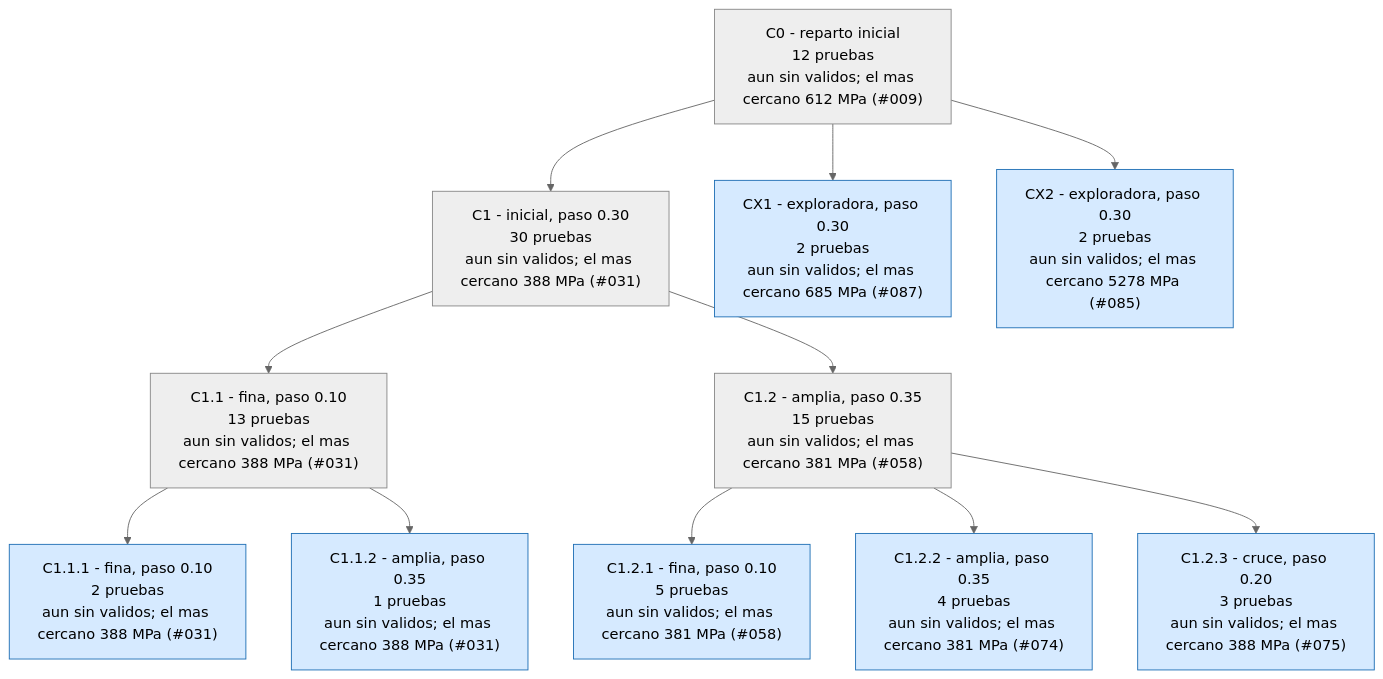
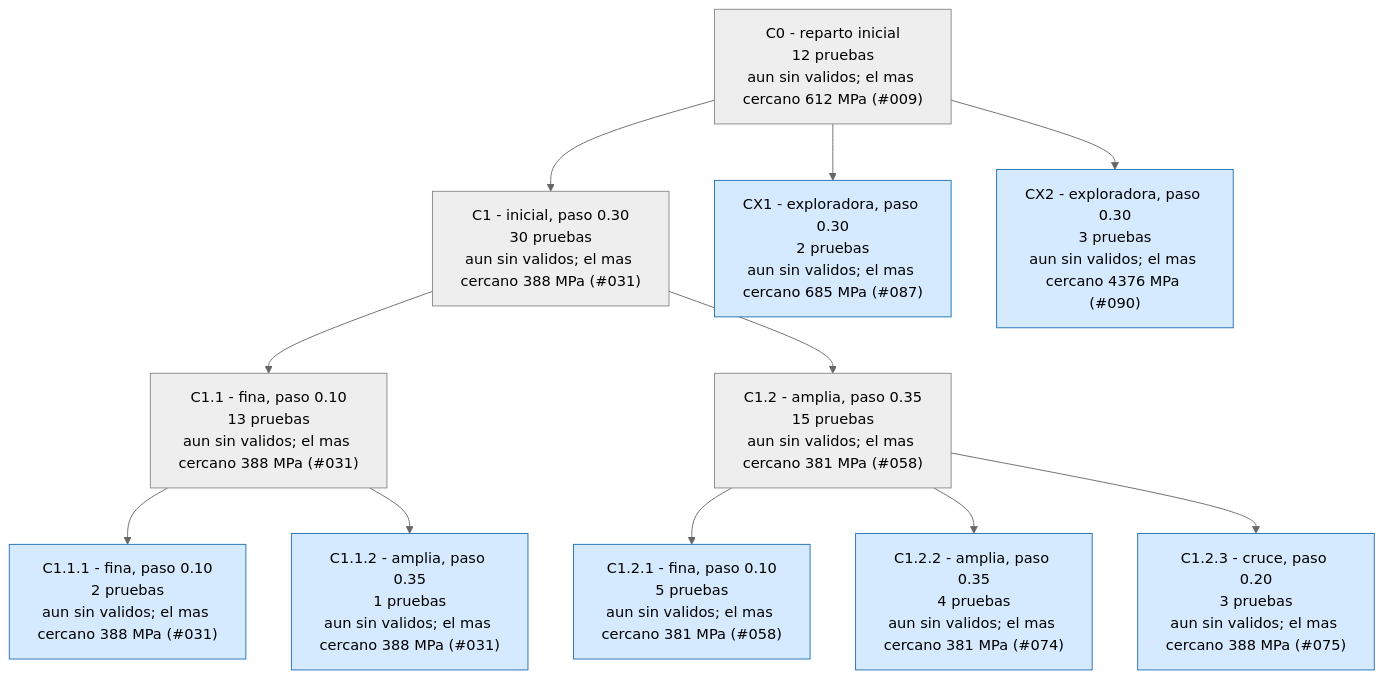
One commit to Hugiko/msd-soporte-optimizacion changed the third of 4 diagrams in runs/opt_37800N/ARBOL.md. Above: the diagram before and after it, drawn with Mermaid (neutral theme). The commit also changed 21 other files, not shown here.

````diff
--- a/runs/opt_37800N/ARBOL.md
+++ b/runs/opt_37800N/ARBOL.md
@@ -109,27 +109,27 @@
 ```mermaid
 graph TD
 classDef activa fill:#d6eaff,stroke:#1f6fb5,color:#000
 classDef fin fill:#eeeeee,stroke:#888,color:#000
 classDef mejor fill:#c8f0c0,stroke:#1a9850,stroke-width:4px,color:#000
 C0["C0 - reparto inicial<br/>12 pruebas<br/>aun sin validos; el mas cercano 612 MPa (#009)"]:::fin
 C1["C1 - inicial, paso 0.30<br/>30 pruebas<br/>aun sin validos; el mas cercano 388 MPa (#031)"]:::fin
 C0 --> C1
 C1_1["C1.1 - fina, paso 0.10<br/>13 pruebas<br/>aun sin validos; el mas cercano 388 MPa (#031)"]:::fin
 C1 --> C1_1
 C1_2["C1.2 - amplia, paso 0.35<br/>15 pruebas<br/>aun sin validos; el mas cercano 381 MPa (#058)"]:::fin
 C1 --> C1_2
 C1_1_1["C1.1.1 - fina, paso 0.10<br/>2 pruebas<br/>aun sin validos; el mas cercano 388 MPa (#031)"]:::activa
 C1_1 --> C1_1_1
 C1_1_2["C1.1.2 - amplia, paso 0.35<br/>1 pruebas<br/>aun sin validos; el mas cercano 388 MPa (#031)"]:::activa
 C1_1 --> C1_1_2
 C1_2_1["C1.2.1 - fina, paso 0.10<br/>5 pruebas<br/>aun sin validos; el mas cercano 381 MPa (#058)"]:::activa
 C1_2 --> C1_2_1
 C1_2_2["C1.2.2 - amplia, paso 0.35<br/>4 pruebas<br/>aun sin validos; el mas cercano 381 MPa (#074)"]:::activa
 C1_2 --> C1_2_2
 C1_2_3["C1.2.3 - cruce, paso 0.20<br/>3 pruebas<br/>aun sin validos; el mas cercano 388 MPa (#075)"]:::activa
 C1_2 --> C1_2_3
 CX1["CX1 - exploradora, paso 0.30<br/>2 pruebas<br/>aun sin validos; el mas cercano 685 MPa (#087)"]:::activa
 C0 --> CX1
-CX2["CX2 - exploradora, paso 0.30<br/>2 pruebas<br/>aun sin validos; el mas cercano 5278 MPa (#085)"]:::activa
+CX2["CX2 - exploradora, paso 0.30<br/>3 pruebas<br/>aun sin validos; el mas cercano 4376 MPa (#090)"]:::activa
 C0 --> CX2
 ```
````
